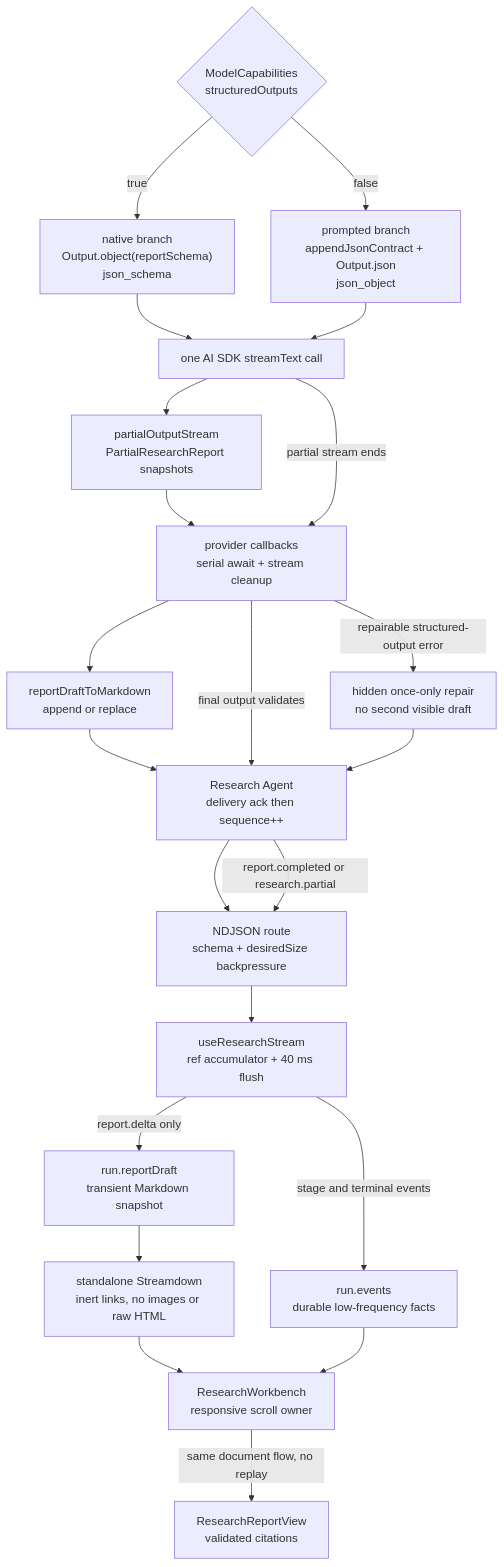
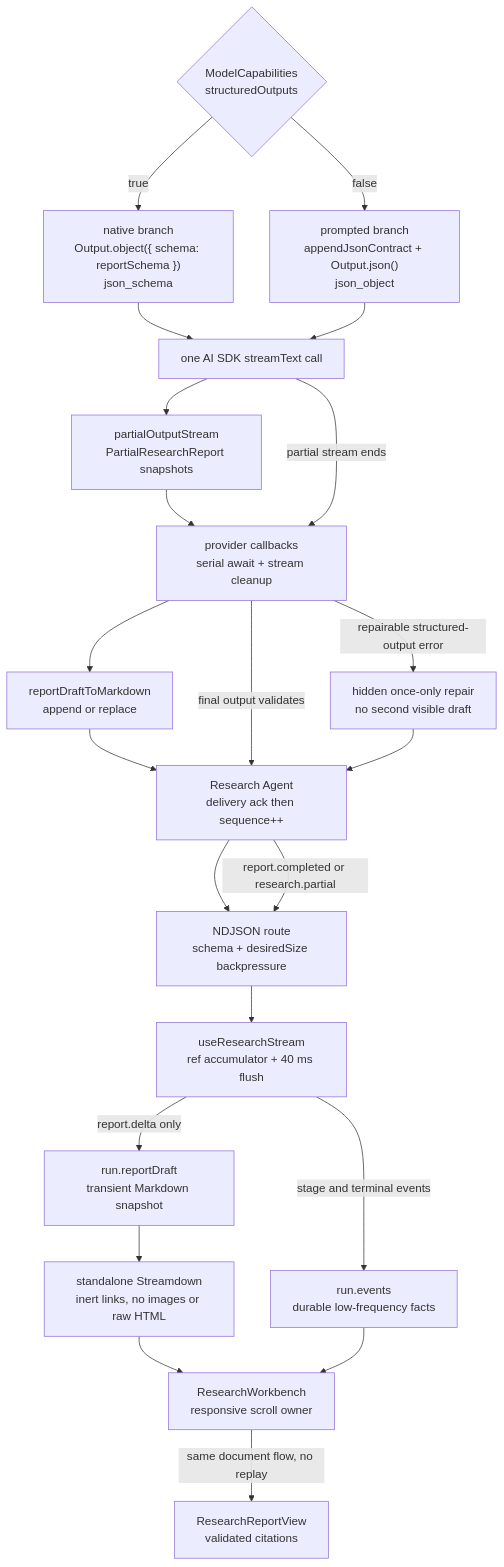
One commit to nightsu/research-agent-demo changed the third of 3 diagrams in docs/architecture.md. Above: the diagram before and after it, drawn with Mermaid. The commit also changed other lines of this file and 2 other files, not shown here.

````diff
--- a/docs/architecture.md
+++ b/docs/architecture.md
@@ -145,31 +145,31 @@
 ```mermaid
 flowchart TB
     Strategy{"ModelCapabilities<br/>structuredOutputs"}
-    Native["native branch<br/>Output.object(reportSchema)<br/>json_schema"]
-    Prompted["prompted branch<br/>appendJsonContract + Output.json<br/>json_object"]
+    Native["native branch<br/>Output.object({ schema: reportSchema })<br/>json_schema"]
+    Prompted["prompted branch<br/>appendJsonContract + Output.json()<br/>json_object"]
     Model["one AI SDK streamText call"]
     Partial["partialOutputStream<br/>PartialResearchReport snapshots"]
     Callbacks["provider callbacks<br/>serial await + stream cleanup"]
     Repair["hidden once-only repair<br/>no second visible draft"]
     Projector["reportDraftToMarkdown<br/>append or replace"]
     Agent["Research Agent<br/>delivery ack then sequence++"]
     Route["NDJSON route<br/>schema + desiredSize backpressure"]
     Hook["useResearchStream<br/>ref accumulator + 40 ms flush"]
     Events["run.events<br/>durable low-frequency facts"]
     Draft["run.reportDraft<br/>transient Markdown snapshot"]
     Streamdown["standalone Streamdown<br/>inert links, no images or raw HTML"]
     Workspace["ResearchWorkbench<br/>responsive scroll owner"]
     Formal["ResearchReportView<br/>validated citations"]
 
     Strategy -->|"true"| Native --> Model
     Strategy -->|"false"| Prompted --> Model
     Model --> Partial --> Callbacks --> Projector --> Agent --> Route --> Hook
     Model -->|"partial stream ends"| Callbacks
     Callbacks -->|"final output validates"| Agent
     Callbacks -->|"repairable structured-output error"| Repair --> Agent
     Hook -->|"stage and terminal events"| Events
     Hook -->|"report.delta only"| Draft --> Streamdown --> Workspace
     Events --> Workspace
     Agent -->|"report.completed or research.partial"| Route
     Workspace -->|"same document flow, no replay"| Formal
 ```
````
